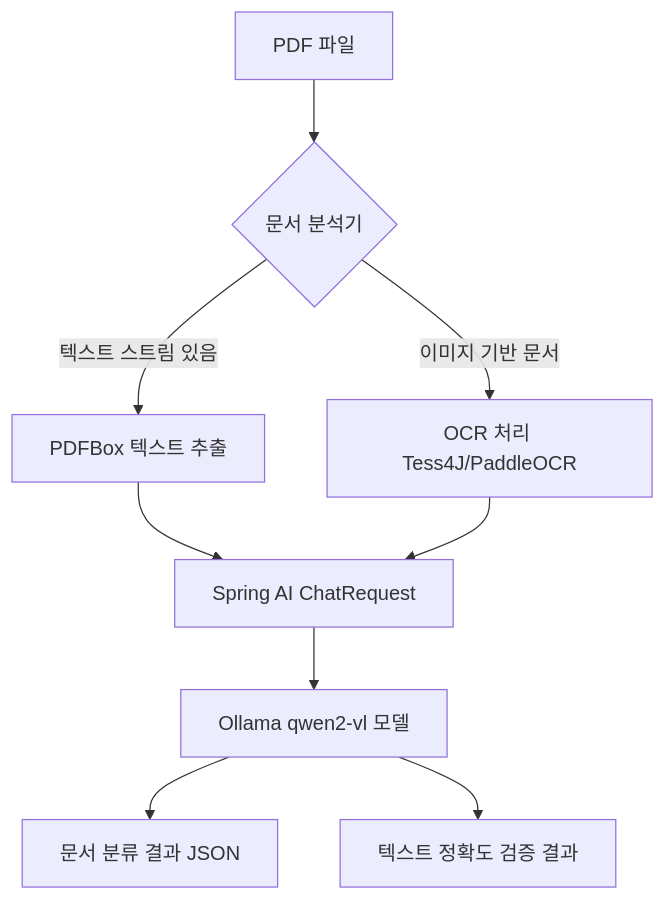
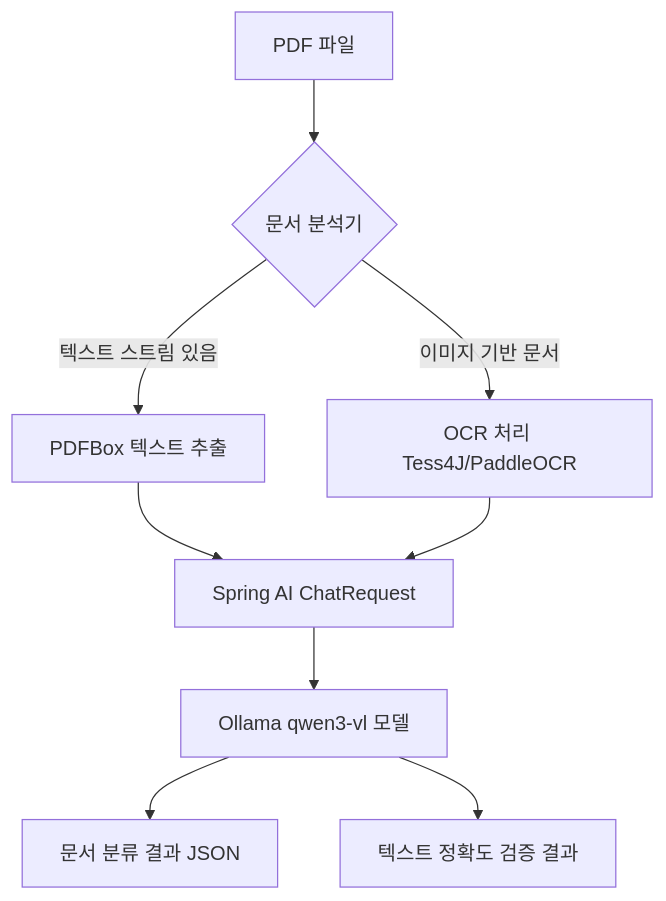
One commit to ybs1016-lang/ocr-doc-classifier changed the diagram in docs/architecture.md. Above: the diagram before and after it, drawn with Mermaid. The commit also changed 22 other files, not shown here.

````diff
--- a/docs/architecture.md
+++ b/docs/architecture.md
@@ -5,10 +5,10 @@
 ```mermaid
 graph TD
     A[PDF 파일] --> B{문서 분석기}
     B -->|텍스트 스트림 있음| C[PDFBox 텍스트 추출]
     B -->|이미지 기반 문서| D[OCR 처리 Tess4J/PaddleOCR]
     C & D --> E[Spring AI ChatRequest]
-    E --> F[Ollama qwen2-vl 모델]
+    E --> F[Ollama qwen3-vl 모델]
     F --> G[문서 분류 결과 JSON]
     F --> H[텍스트 정확도 검증 결과]
 ```
````
